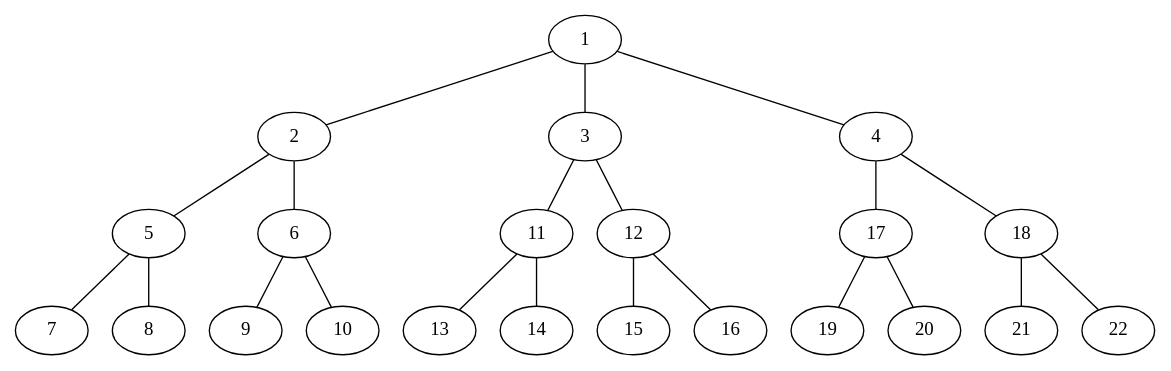
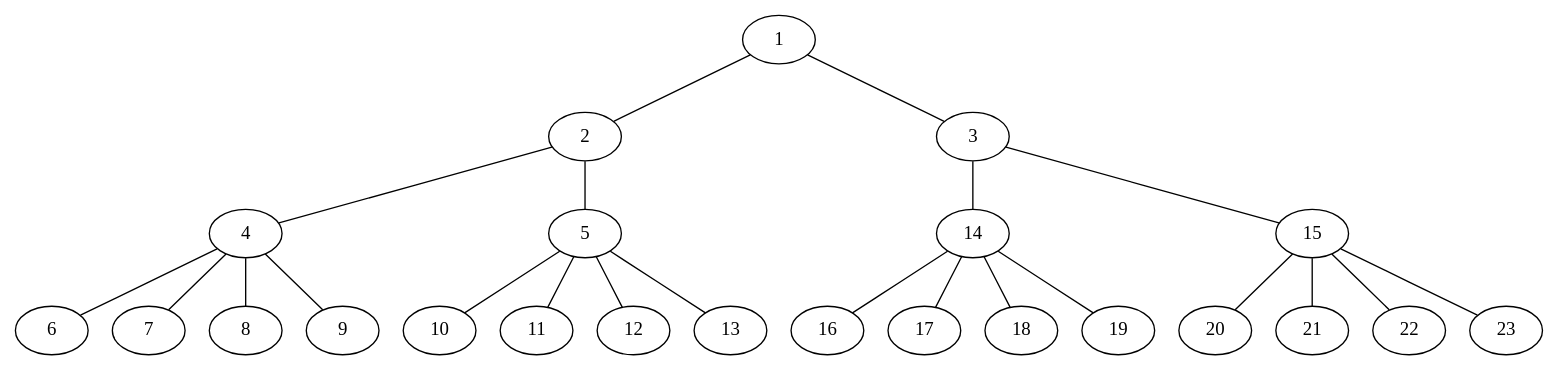
Before and after one commit to dizzydwarfus/go-learning: the diagram in graph/dot/testtree.dot, drawn with Graphviz. The commit also changed 7 other files, not shown here.

```diff
--- a/graph/dot/testtree.dot
+++ b/graph/dot/testtree.dot
@@ -1,45 +1,47 @@
 graph testtree {
 "1";
 "1" -- "2"
 "1" -- "3"
-"1" -- "4"
 "2";
+"2" -- "4"
 "2" -- "5"
-"2" -- "6"
 "3";
-"3" -- "11"
-"3" -- "12"
+"3" -- "14"
+"3" -- "15"
 "4";
-"4" -- "17"
-"4" -- "18"
+"4" -- "6"
+"4" -- "7"
+"4" -- "8"
+"4" -- "9"
 "5";
-"5" -- "7"
-"5" -- "8"
+"5" -- "10"
+"5" -- "11"
+"5" -- "12"
+"5" -- "13"
+"14";
+"14" -- "16"
+"14" -- "17"
+"14" -- "18"
+"14" -- "19"
+"15";
+"15" -- "20"
+"15" -- "21"
+"15" -- "22"
+"15" -- "23"
 "6";
-"6" -- "9"
-"6" -- "10"
-"11";
-"11" -- "13"
-"11" -- "14"
-"12";
-"12" -- "15"
-"12" -- "16"
-"17";
-"17" -- "19"
-"17" -- "20"
-"18";
-"18" -- "21"
-"18" -- "22"
 "7";
 "8";
 "9";
 "10";
+"11";
+"12";
 "13";
-"14";
-"15";
 "16";
+"17";
+"18";
 "19";
 "20";
 "21";
 "22";
+"23";
 }
```
